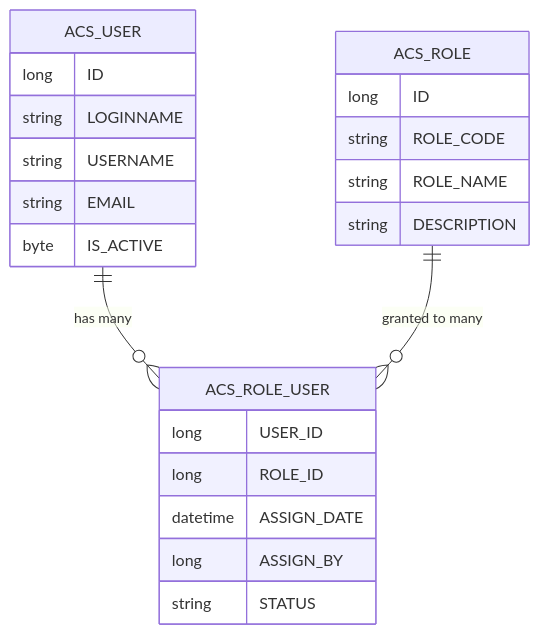
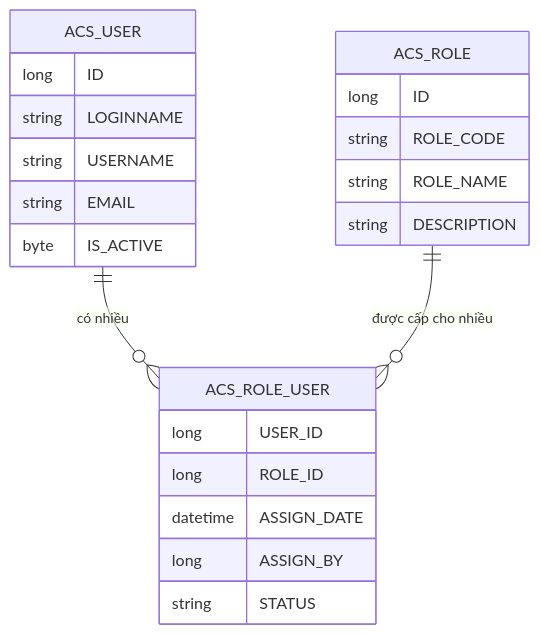
The fourth of 16 diagrams in docs/his-ba-documentation/03-business-domains/administration/access-control.md (thangpnb/HIS), drawn with Mermaid before and after one commit. The commit also changed other lines of this file and 30 other files, not shown here.

Commit message:
Refactor architecture docs and update translations

````diff
--- a/docs/his-ba-documentation/03-business-domains/administration/access-control.md
+++ b/docs/his-ba-documentation/03-business-domains/administration/access-control.md
@@ -201,25 +201,25 @@
 ```mermaid
 erDiagram
-    ACS_USER ||--o{ ACS_ROLE_USER : "has many"
-    ACS_ROLE ||--o{ ACS_ROLE_USER : "granted to many"
+    ACS_USER ||--o{ ACS_ROLE_USER : "có nhiều"
+    ACS_ROLE ||--o{ ACS_ROLE_USER : "được cấp cho nhiều"
     ACS_ROLE_USER {
         long USER_ID
         long ROLE_ID
         datetime ASSIGN_DATE
         long ASSIGN_BY
         string STATUS
     }
     ACS_USER {
         long ID
         string LOGINNAME
         string USERNAME
         string EMAIL
         byte IS_ACTIVE
     }
     ACS_ROLE {
         long ID
         string ROLE_CODE
         string ROLE_NAME
         string DESCRIPTION
     }
 ```
````
